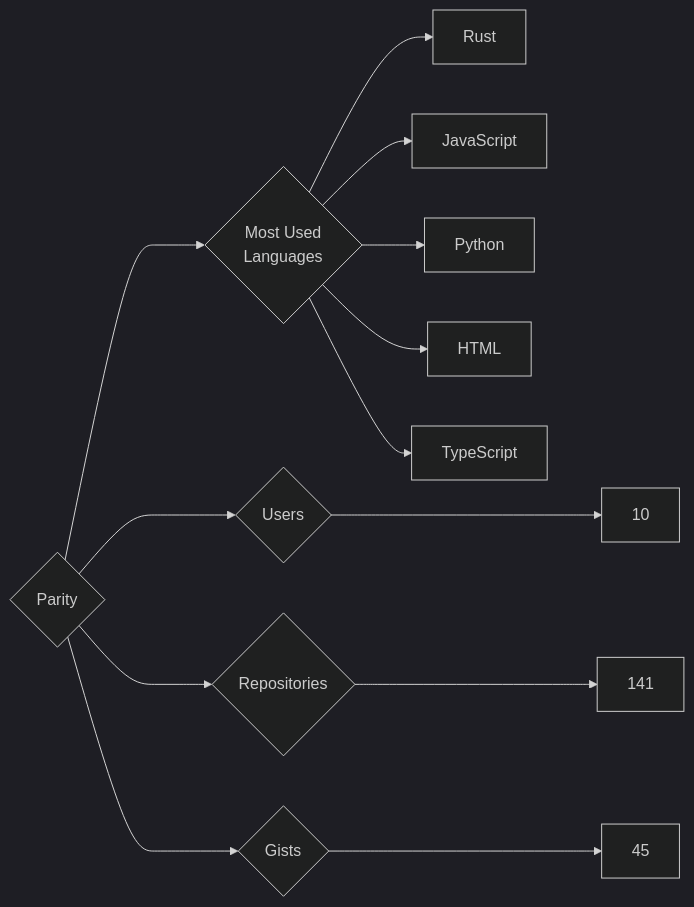
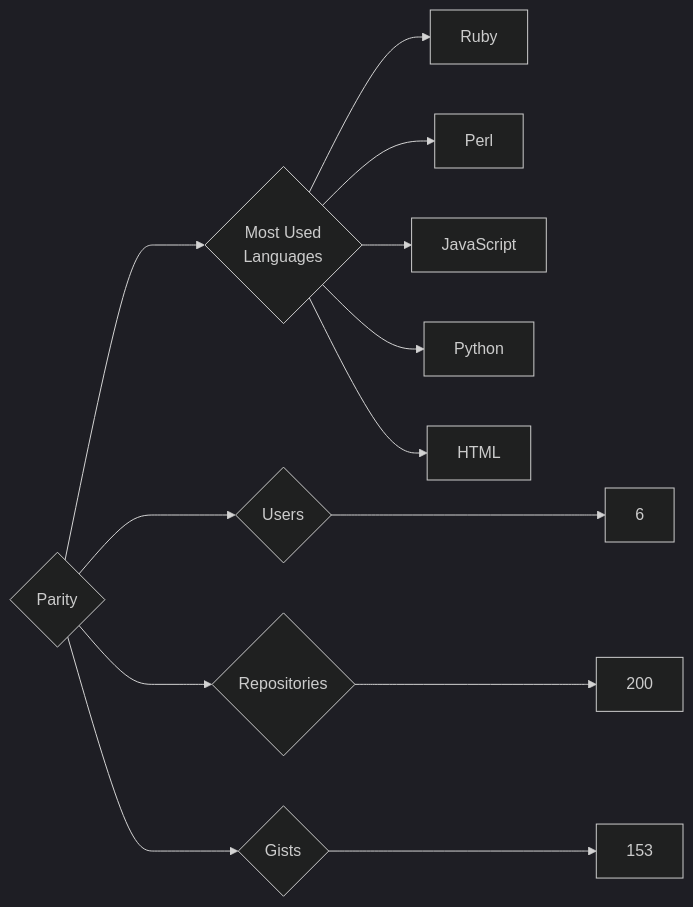
One commit to trickest/insiders changed the diagram in targets/Parity/README.md. Above: the diagram before and after it, drawn with Mermaid (dark theme). The commit also changed 964 other files, not shown here.

````diff
--- a/targets/Parity/README.md
+++ b/targets/Parity/README.md
@@ -3,13 +3,13 @@
 ```mermaid
 graph LR
 COMPANY_NAME{Parity}
-COMPANY_NAME ---> U{Users} ---> UN[10]
-COMPANY_NAME ---> R{Repositories} ---> RN[141]
-COMPANY_NAME ---> G{Gists} ---> GN[45]
+COMPANY_NAME ---> U{Users} ---> UN[6]
+COMPANY_NAME ---> R{Repositories} ---> RN[200]
+COMPANY_NAME ---> G{Gists} ---> GN[153]
 COMPANY_NAME ---> ML{Most Used<br>Languages}
-ML --> Rust[Rust]
+ML --> Ruby[Ruby]
+ML --> Perl[Perl]
 ML --> JavaScript[JavaScript]
 ML --> Python[Python]
 ML --> HTML[HTML]
-ML --> TypeScript[TypeScript]
 ```
````
